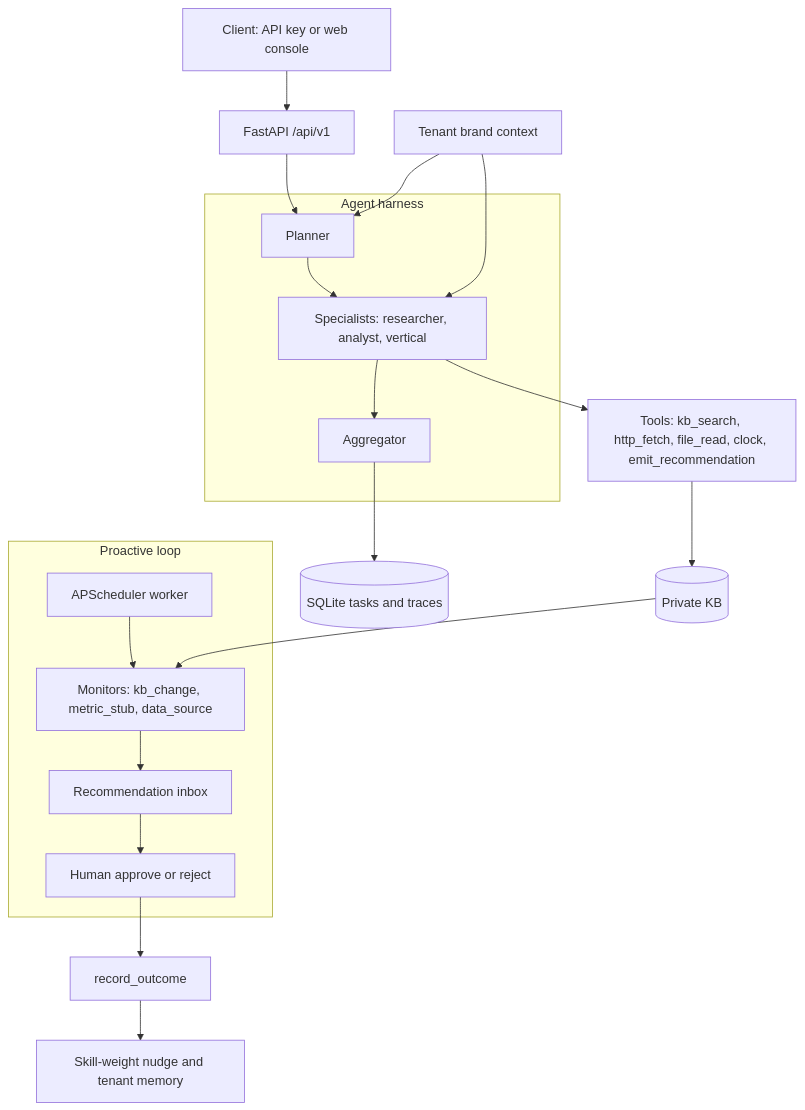
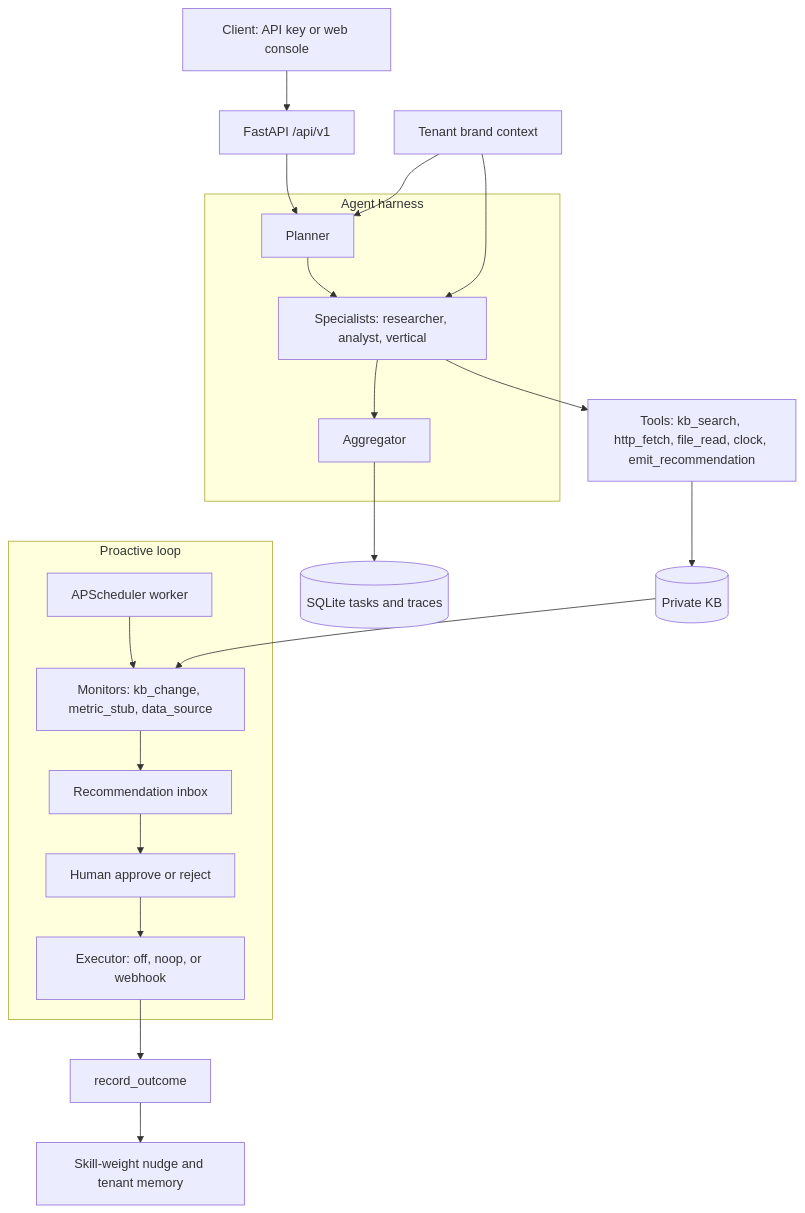
Before and after one commit to HarshRajSinghania/ProAgent-OS: the diagram in README.md, drawn with Mermaid. The commit also changed other lines of this file and 16 other files, not shown here.

First line of the commit message:
feat(proactive): safe noop and webhook recommendation executors (#5)

````diff
--- a/README.md
+++ b/README.md
@@ -83,26 +83,27 @@
 ```mermaid
 flowchart TB
   client["Client: API key or web console"] --> api["FastAPI /api/v1"]
 
   subgraph harness ["Agent harness"]
     planner["Planner"] --> specialists["Specialists: researcher, analyst, vertical"]
     specialists --> aggregator["Aggregator"]
   end
 
   api --> planner
   brand["Tenant brand context"] --> planner
   brand --> specialists
   specialists --> tools["Tools: kb_search, http_fetch, file_read, clock, emit_recommendation"]
   tools --> kb[("Private KB")]
   aggregator --> traces[("SQLite tasks and traces")]
 
   subgraph hitl ["Proactive loop"]
     worker["APScheduler worker"] --> monitors["Monitors: kb_change, metric_stub, data_source"]
     monitors --> inbox["Recommendation inbox"]
     inbox --> human["Human approve or reject"]
+    human --> executor["Executor: off, noop, or webhook"]
   end
 
   kb --> monitors
-  human --> metrics["record_outcome"]
+  executor --> metrics["record_outcome"]
   metrics --> learning["Skill-weight nudge and tenant memory"]
 ```
````
